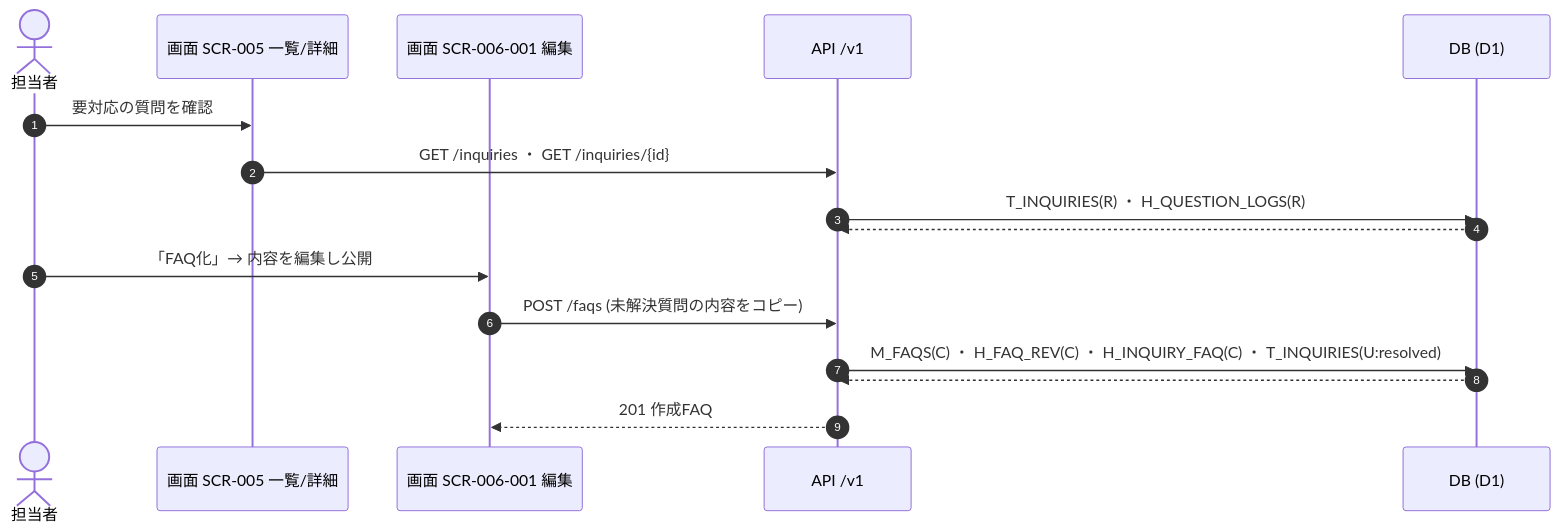
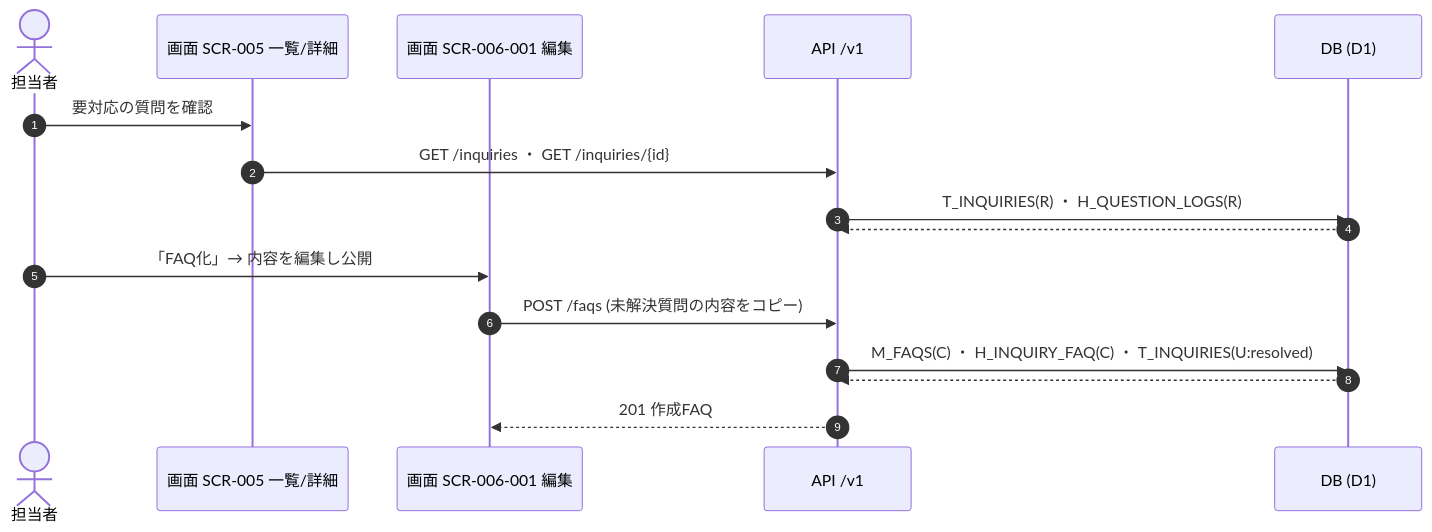
Before and after one commit to sikakou54/open-faq: the eighth of 10 diagrams in 02_basic-design/04_usecase-design.md, drawn with Mermaid. The commit also changed other lines of this file and 12 other files, not shown here.

First line of the commit message:
FAQ改訂履歴機能(H_FAQ_REV)を全層から削除

````diff
--- a/02_basic-design/04_usecase-design.md
+++ b/02_basic-design/04_usecase-design.md
@@ -344,18 +344,18 @@
 ```mermaid
 sequenceDiagram
   autonumber
   actor M as 担当者
   participant S5 as 画面 SCR-005 一覧/詳細
   participant SE as 画面 SCR-006-001 編集
   participant API as API /v1
   participant DB as DB (D1)
   M->>S5: 要対応の質問を確認
   S5->>API: GET /inquiries ・ GET /inquiries/{id}
   API->>DB: T_INQUIRIES(R) ・ H_QUESTION_LOGS(R)
   DB-->>API: 
   M->>SE: 「FAQ化」→ 内容を編集し公開
   SE->>API: POST /faqs (未解決質問の内容をコピー)
-  API->>DB: M_FAQS(C) ・ H_FAQ_REV(C) ・ H_INQUIRY_FAQ(C) ・ T_INQUIRIES(U:resolved)
+  API->>DB: M_FAQS(C) ・ H_INQUIRY_FAQ(C) ・ T_INQUIRIES(U:resolved)
   DB-->>API: 
   API-->>SE: 201 作成FAQ
 ```
````
